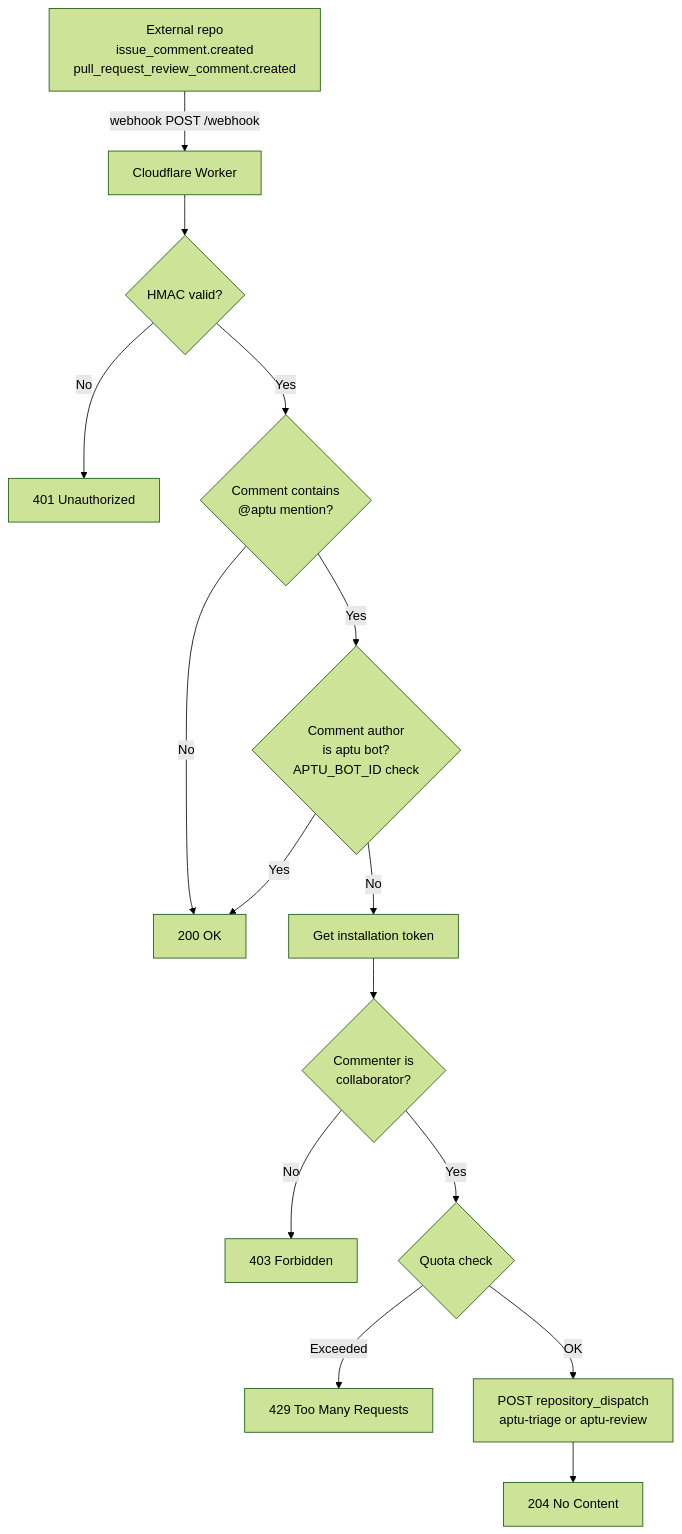
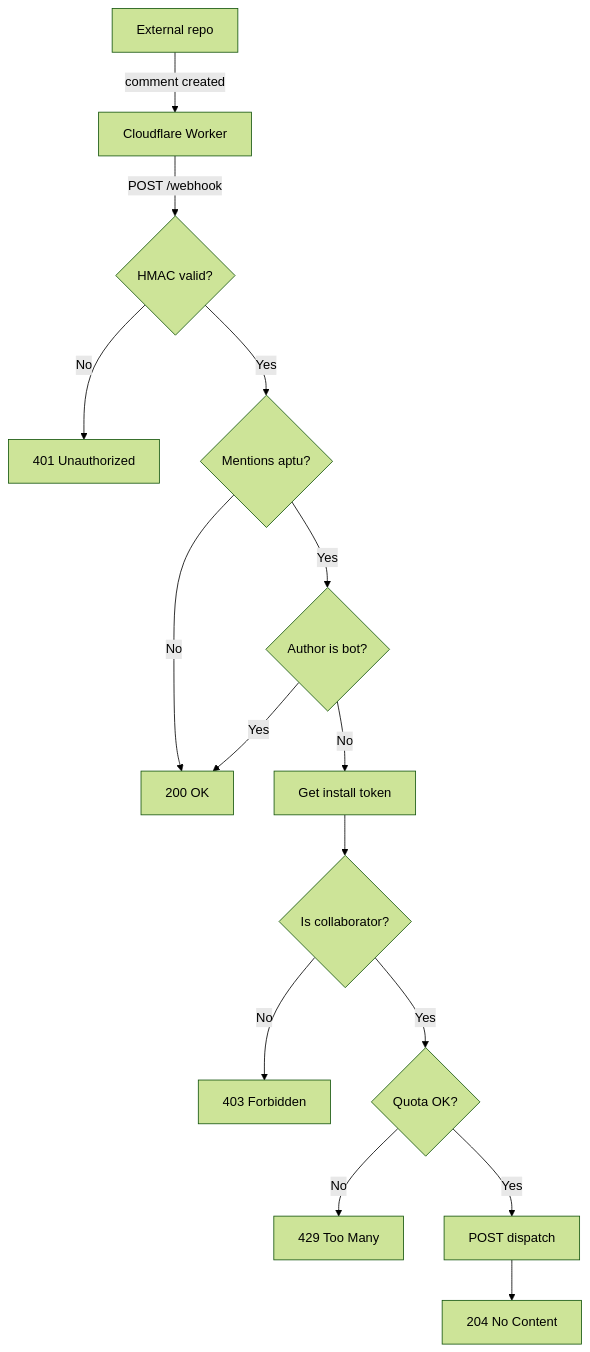
One commit to clouatre-labs/aptu-github-app changed the second of 2 diagrams in docs/ARCHITECTURE.md. Above: the diagram before and after it, drawn with Mermaid (forest theme). The commit also changed other lines of this file and 1 other file, not shown here.

First line of the commit message:
docs: reformat ARCHITECTURE.md Mermaid diagrams to short-label convention (#229)

````diff
--- a/docs/ARCHITECTURE.md
+++ b/docs/ARCHITECTURE.md
@@ -93,17 +93,17 @@
 ```mermaid
 graph TD
-    A["External repo<br/>issue_comment.created<br/>pull_request_review_comment.created"] -->|"webhook POST /webhook"| B["Cloudflare Worker"]
-    B --> C{"HMAC valid?"}
+    A["External repo"] -->|"comment created"| B["Cloudflare Worker"]
+    B -->|"POST /webhook"| C{"HMAC valid?"}
     C -->|No| D["401 Unauthorized"]
-    C -->|Yes| E{"Comment contains<br/>@aptu mention?"}
+    C -->|Yes| E{"Mentions aptu?"}
     E -->|No| F["200 OK"]
-    E -->|Yes| G{"Comment author<br/>is aptu bot?<br/>APTU_BOT_ID check"}
+    E -->|Yes| G{"Author is bot?"}
     G -->|Yes| F
-    G -->|No| H["Get installation token"]
-    H --> I{"Commenter is<br/>collaborator?"}
+    G -->|No| H["Get install token"]
+    H --> I{"Is collaborator?"}
     I -->|No| J["403 Forbidden"]
-    I -->|Yes| K{"Quota check"}
-    K -->|Exceeded| L["429 Too Many Requests"]
-    K -->|OK| M["POST repository_dispatch<br/>aptu-triage or aptu-review"]
+    I -->|Yes| K{"Quota OK?"}
+    K -->|No| L["429 Too Many"]
+    K -->|Yes| M["POST dispatch"]
     M --> N["204 No Content"]
 ```
````
